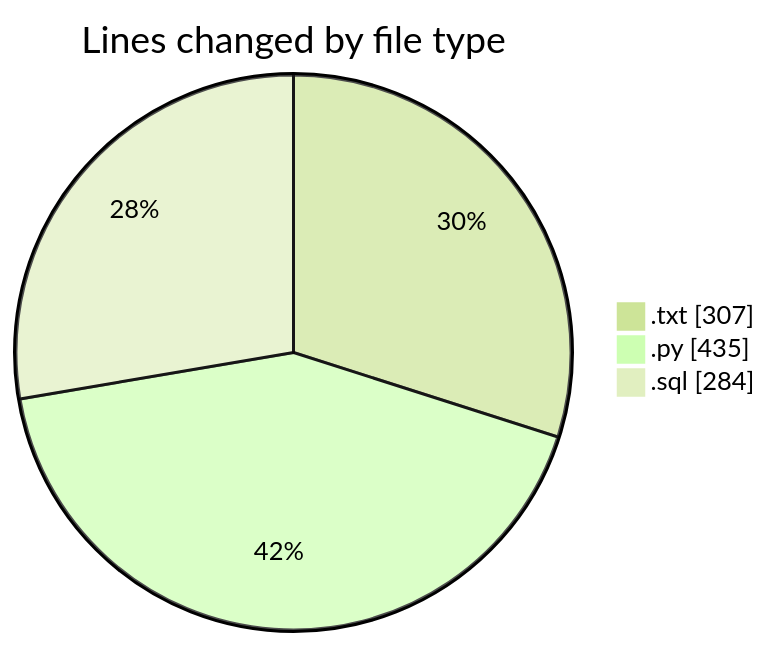
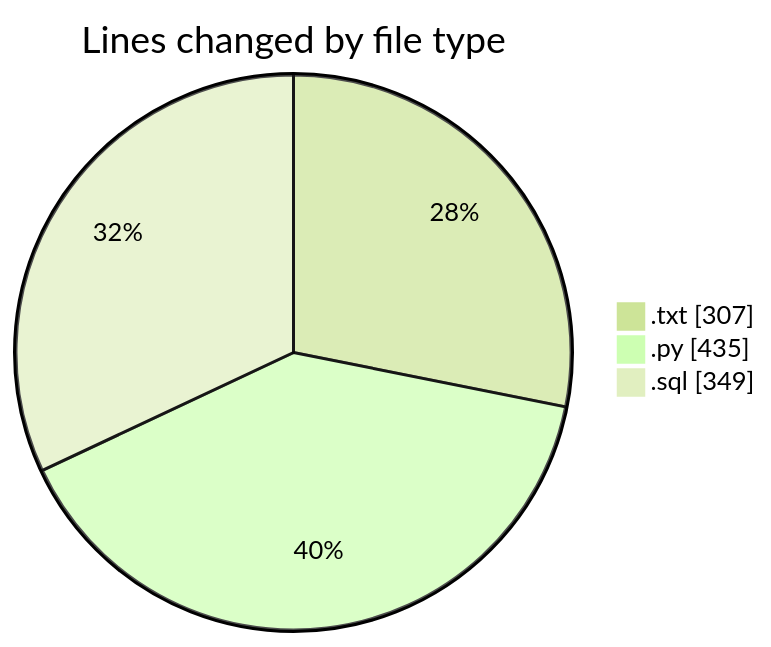
One commit to lephambinh05/code-tracking changed the first of 2 diagrams in 2025-09-16/datanv/README.md. Above: the diagram before and after it, drawn with Mermaid (forest theme). The commit also changed other lines of this file and 1 other file, not shown here.

````diff
--- a/2025-09-16/datanv/README.md
+++ b/2025-09-16/datanv/README.md
@@ -25,7 +25,7 @@
 ```mermaid
 pie showData
 title Lines changed by file type
 ".txt" : 307
 ".py" : 435
-".sql" : 284
+".sql" : 349
 ```
````
